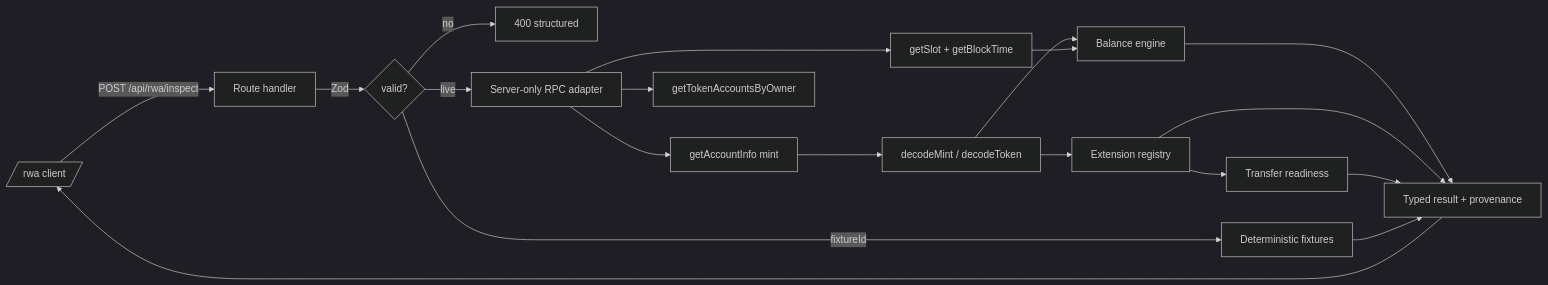
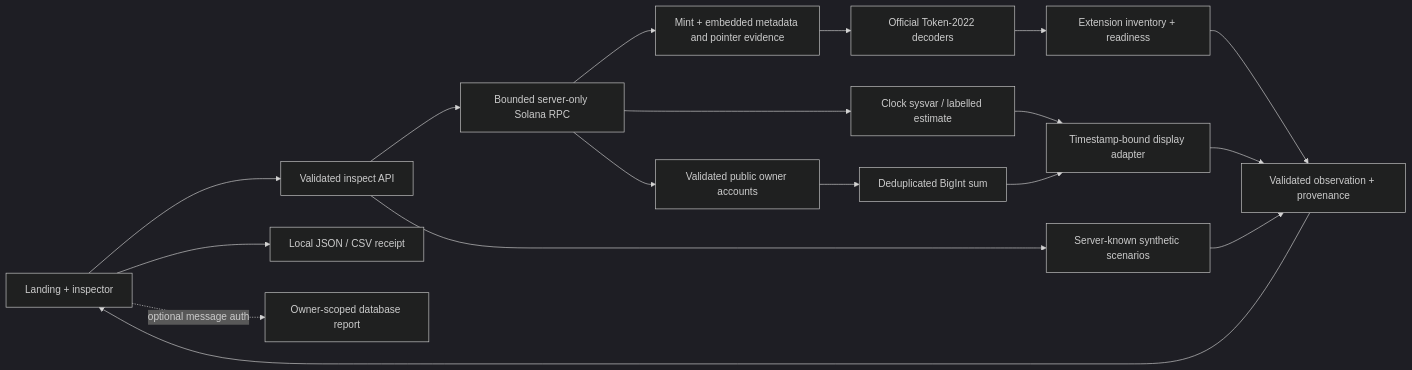
Before and after one commit to operatoruplift/rwa-lens: the diagram in README.md, drawn with Mermaid (dark theme). The commit also changed other lines of this file and 71 other files, not shown here.

````diff
--- a/README.md
+++ b/README.md
@@ -106,21 +116,20 @@
 ```mermaid
 flowchart LR
-  UI[/rwa client/] -->|POST /api/rwa/inspect| API[Route handler]
-  API -->|Zod| V{valid?}
-  V -->|no| E400[400 structured]
-  V -->|fixtureId| FIX[Deterministic fixtures]
-  V -->|live| RPC[Server-only RPC adapter]
-  RPC --> T[getSlot + getBlockTime]
-  RPC --> M[getAccountInfo mint]
-  RPC --> A[getTokenAccountsByOwner]
-  M --> D[decodeMint / decodeToken]
-  D --> X[Extension registry]
-  D --> B[Balance engine]
-  T --> B
-  X --> R[Transfer readiness]
-  B --> OUT[Typed result + provenance]
-  X --> OUT
-  R --> OUT
-  FIX --> OUT
-  OUT --> UI
+  UI[Landing + inspector] --> API[Validated inspect API]
+  API --> Fixture[Server-known synthetic scenarios]
+  API --> RPC[Bounded server-only Solana RPC]
+  RPC --> Mint[Mint + embedded metadata and pointer evidence]
+  RPC --> Clock[Clock sysvar / labelled estimate]
+  RPC --> Owner[Validated public owner accounts]
+  Mint --> Decode[Official Token-2022 decoders]
+  Decode --> Controls[Extension inventory + readiness]
+  Owner --> Raw[Deduplicated BigInt sum]
+  Clock --> Display[Timestamp-bound display adapter]
+  Raw --> Display
+  Controls --> Result[Validated observation + provenance]
+  Display --> Result
+  Fixture --> Result
+  Result --> UI
+  UI --> Export[Local JSON / CSV receipt]
+  UI -. optional message auth .-> Reports[Owner-scoped database report]
 ```
````
